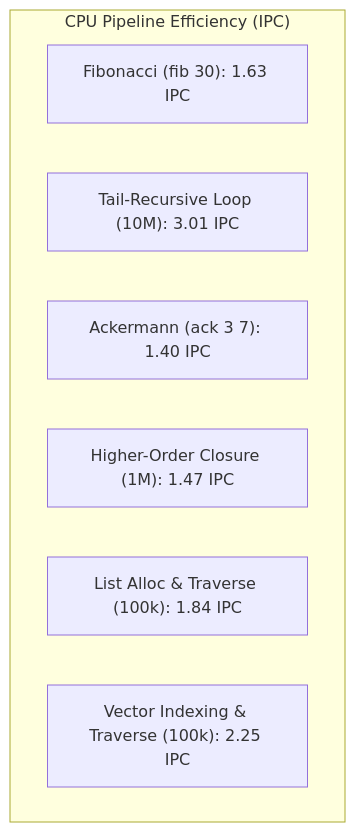
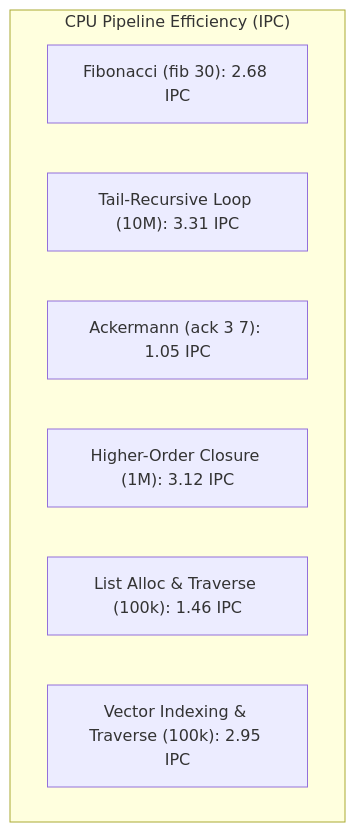
The second of 2 diagrams in ulisp/benchmarks/BASELINE.md (rokujyouhitoma/arxiv-security-papers), drawn with Mermaid before and after one commit. The commit also changed other lines of this file and 12 other files, not shown here.

````diff
--- a/ulisp/benchmarks/BASELINE.md
+++ b/ulisp/benchmarks/BASELINE.md
@@ -90,11 +101,11 @@
 ```mermaid
 graph TD
     subgraph "CPU Pipeline Efficiency (IPC)"
-        fib_30_ipc["Fibonacci (fib 30): 1.63 IPC"]
-        loop_10m_ipc["Tail-Recursive Loop (10M): 3.01 IPC"]
-        ack_3_7_ipc["Ackermann (ack 3 7): 1.40 IPC"]
-        closure_1m_ipc["Higher-Order Closure (1M): 1.47 IPC"]
-        list_100k_ipc["List Alloc & Traverse (100k): 1.84 IPC"]
-        vector_100k_ipc["Vector Indexing & Traverse (100k): 2.25 IPC"]
+        fib_30_ipc["Fibonacci (fib 30): 2.68 IPC"]
+        loop_10m_ipc["Tail-Recursive Loop (10M): 3.31 IPC"]
+        ack_3_7_ipc["Ackermann (ack 3 7): 1.05 IPC"]
+        closure_1m_ipc["Higher-Order Closure (1M): 3.12 IPC"]
+        list_100k_ipc["List Alloc & Traverse (100k): 1.46 IPC"]
+        vector_100k_ipc["Vector Indexing & Traverse (100k): 2.95 IPC"]
     end
 ```
````
